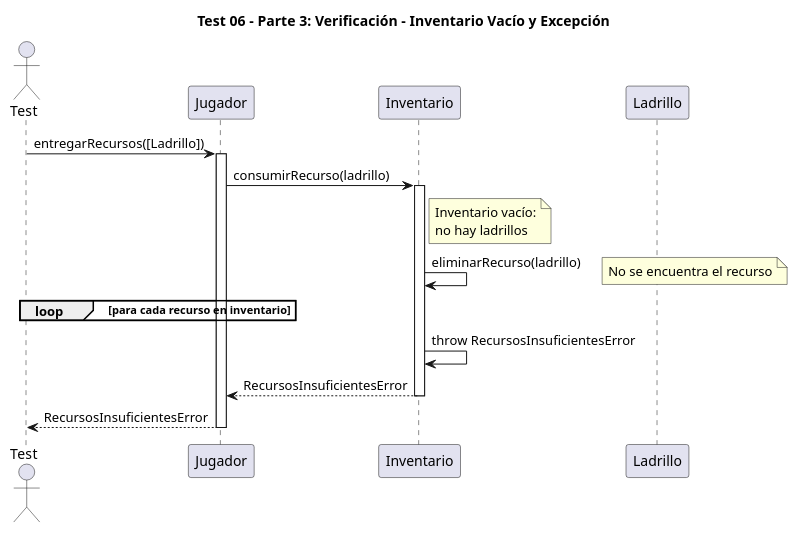
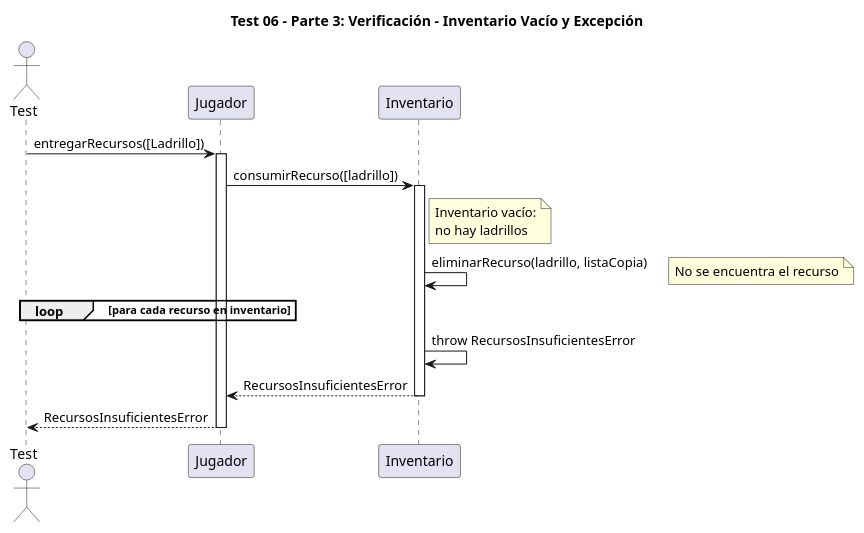
The third of 3 diagrams in diagrams/sequences/test06.puml (ValeSolArroyo/TP2-Catan), drawn with PlantUML before and after one commit. The commit also changed other lines of this file and 8 other files, not shown here.

Commit message:
diagramas actualizados

```diff
--- a/diagrams/sequences/test06.puml
+++ b/diagrams/sequences/test06.puml
@@ -130,35 +130,33 @@
 @startuml
 title Test 06 - Parte 3: Verificación - Inventario Vacío y Excepción
 
 actor Test
 participant Jugador
 participant Inventario
-participant Ladrillo
 
 Test -> Jugador : entregarRecursos([Ladrillo])
 activate Jugador
 
-Jugador -> Inventario : consumirRecurso(ladrillo)
+Jugador -> Inventario : consumirRecurso([ladrillo])
 activate Inventario
 
 note right of Inventario
   Inventario vacío:
   no hay ladrillos
 end note
 
-Inventario -> Inventario : eliminarRecurso(ladrillo)
+Inventario -> Inventario : eliminarRecurso(ladrillo, listaCopia)
 
 loop para cada recurso en inventario
   note right: No se encuentra el recurso
 end
 
 Inventario -> Inventario : throw RecursosInsuficientesError
 
 Inventario --> Jugador : RecursosInsuficientesError
 deactivate Inventario
 
 Jugador --> Test : RecursosInsuficientesError
 deactivate Jugador
 
-
 @enduml
```
